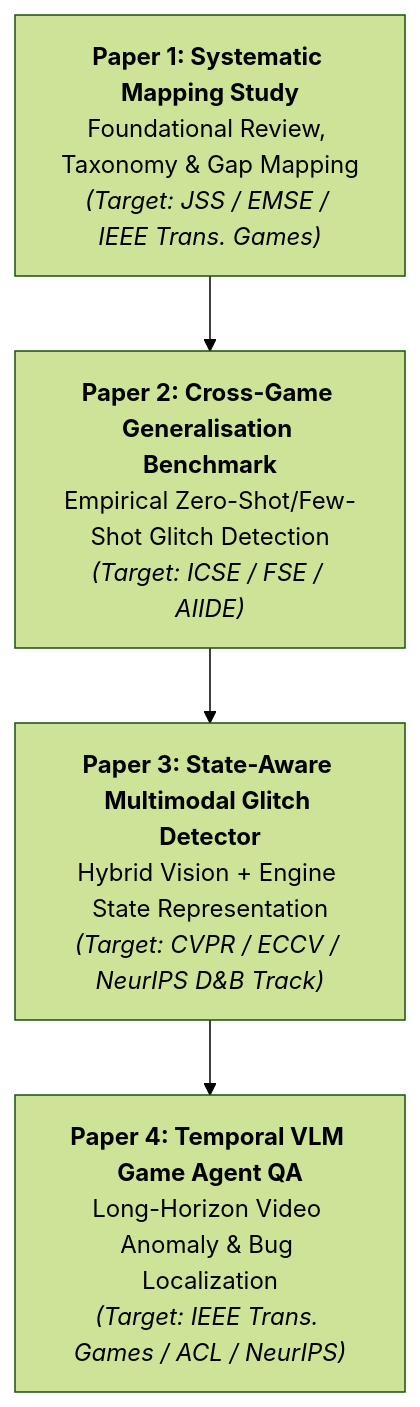
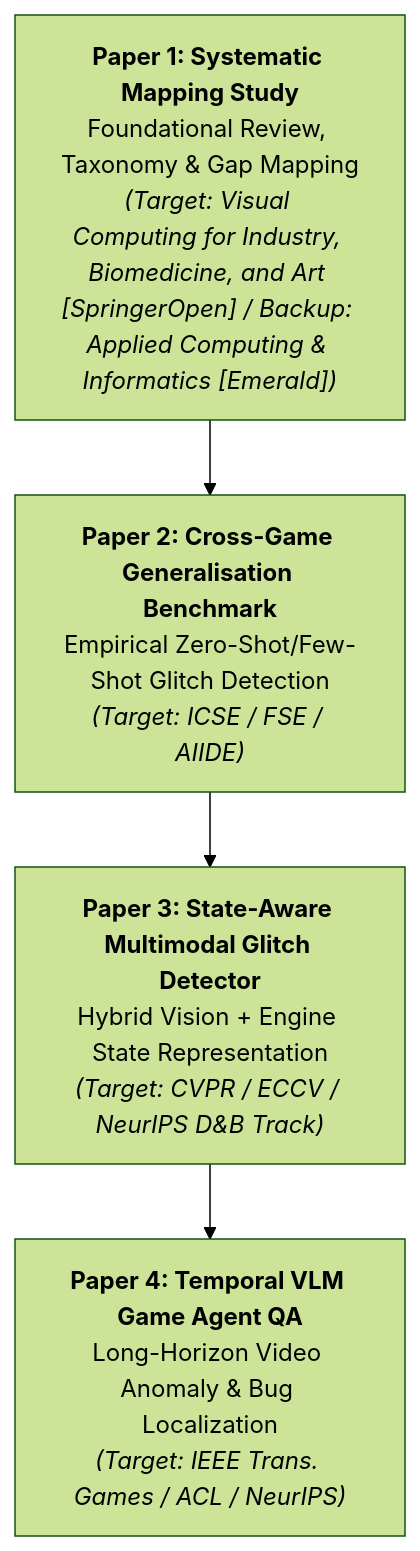
The diagram in ROADMAP.md (minhphuc477/game-visual-bug-detection), drawn with Mermaid (forest theme) before and after one commit. The commit also changed other lines of this file and 3 other files, not shown here.

````diff
--- a/ROADMAP.md
+++ b/ROADMAP.md
@@ -6,11 +6,11 @@
 ```mermaid
 flowchart TD
-    P1["<b>Paper 1: Systematic Mapping Study</b><br/>Foundational Review, Taxonomy & Gap Mapping<br/><i>(Target: JSS / EMSE / IEEE Trans. Games)</i>"]
+    P1["<b>Paper 1: Systematic Mapping Study</b><br/>Foundational Review, Taxonomy & Gap Mapping<br/><i>(Target: Visual Computing for Industry, Biomedicine, and Art [SpringerOpen] / Backup: Applied Computing & Informatics [Emerald])</i>"]
     P2["<b>Paper 2: Cross-Game Generalisation Benchmark</b><br/>Empirical Zero-Shot/Few-Shot Glitch Detection<br/><i>(Target: ICSE / FSE / AIIDE)</i>"]
     P3["<b>Paper 3: State-Aware Multimodal Glitch Detector</b><br/>Hybrid Vision + Engine State Representation<br/><i>(Target: CVPR / ECCV / NeurIPS D&B Track)</i>"]
     P4["<b>Paper 4: Temporal VLM Game Agent QA</b><br/>Long-Horizon Video Anomaly & Bug Localization<br/><i>(Target: IEEE Trans. Games / ACL / NeurIPS)</i>"]
 
     P1 --> P2
     P2 --> P3
     P3 --> P4
 ```
````
